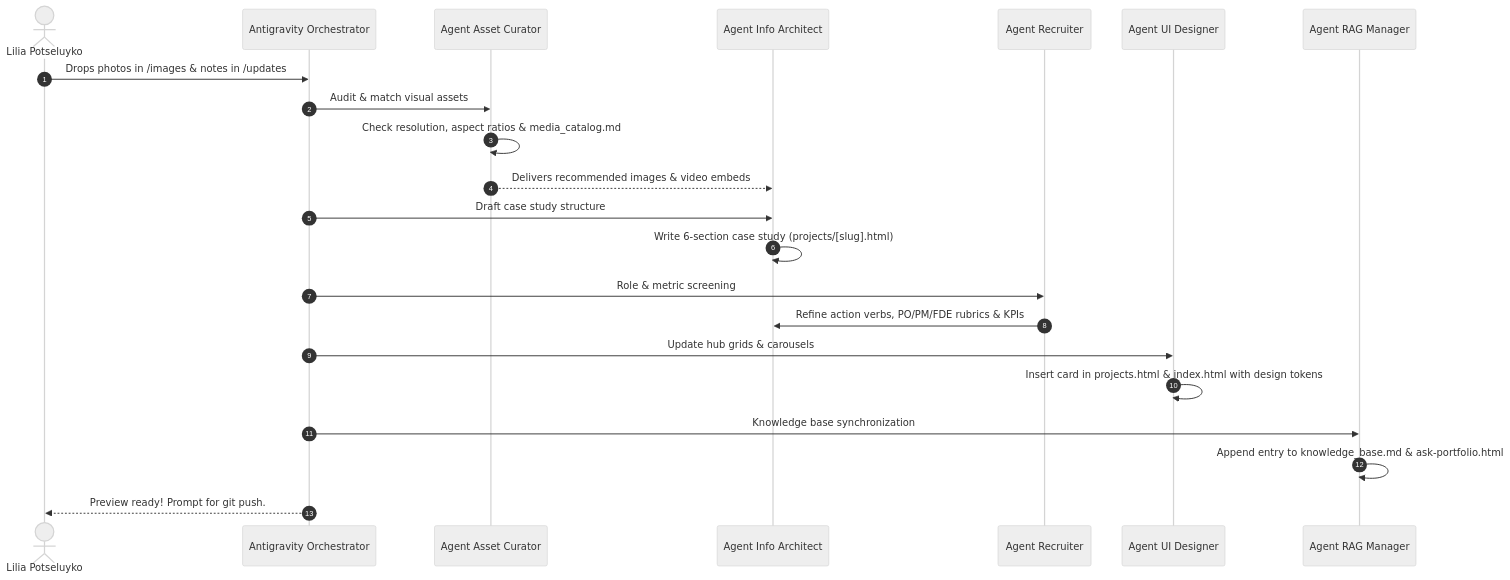
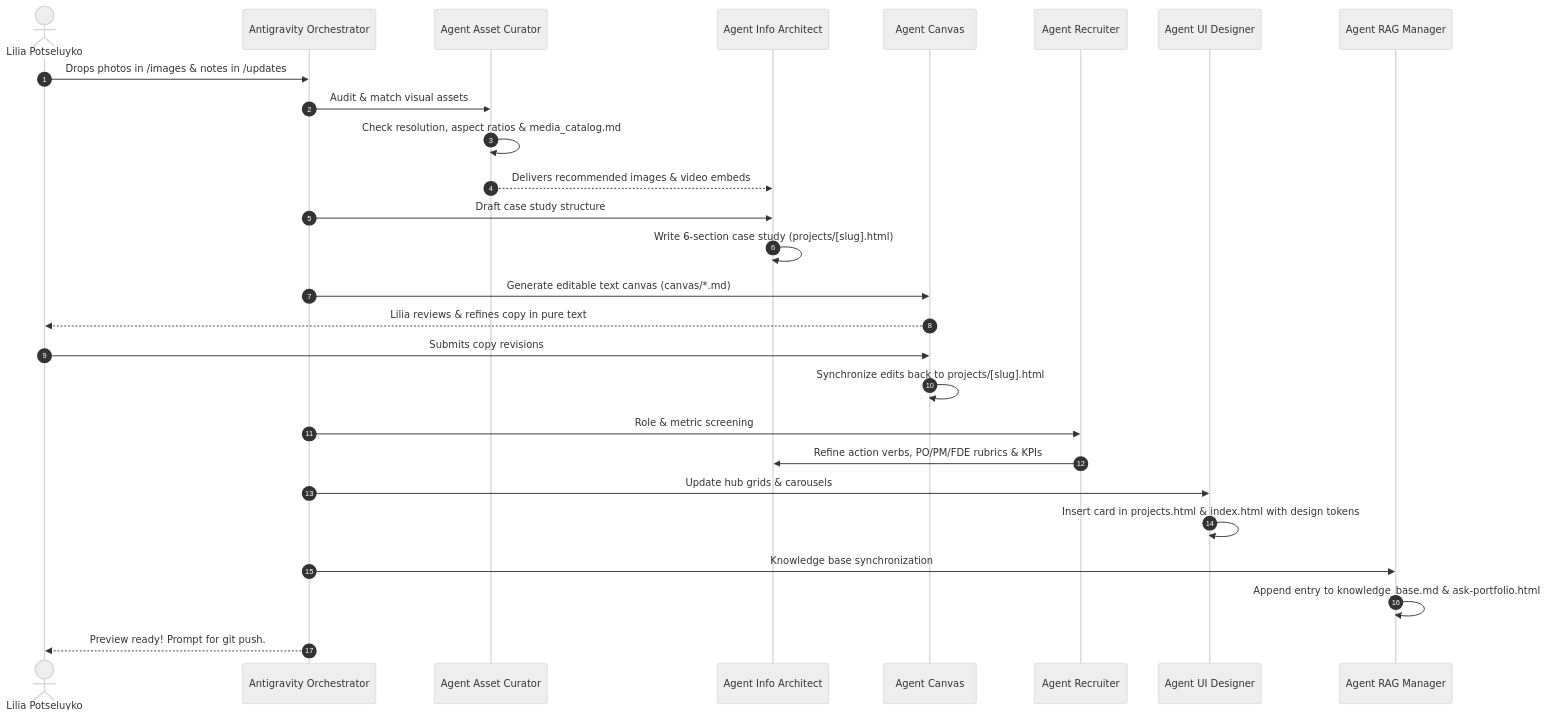
Before and after one commit to LiliaPotseluyko/liliapotseluyko.github.io: the diagram in agents/ORCHESTRATOR.md, drawn with Mermaid (neutral theme). The commit also changed other lines of this file and 4 other files, not shown here.

````diff
--- a/agents/ORCHESTRATOR.md
+++ b/agents/ORCHESTRATOR.md
@@ -9,30 +9,36 @@
 ```mermaid
 sequenceDiagram
     autonumber
     actor Lilia as Lilia Potseluyko
     participant Orchestrator as Antigravity Orchestrator
     participant Curator as Agent Asset Curator
     participant IA as Agent Info Architect
+    participant Canvas as Agent Canvas
     participant Recruiter as Agent Recruiter
     participant UI as Agent UI Designer
     participant RAG as Agent RAG Manager
 
     Lilia->>Orchestrator: Drops photos in /images & notes in /updates
     Orchestrator->>Curator: Audit & match visual assets
     Curator->>Curator: Check resolution, aspect ratios & media_catalog.md
     Curator-->>IA: Delivers recommended images & video embeds
     
     Orchestrator->>IA: Draft case study structure
     IA->>IA: Write 6-section case study (projects/[slug].html)
     
+    Orchestrator->>Canvas: Generate editable text canvas (canvas/*.md)
+    Canvas-->>Lilia: Lilia reviews & refines copy in pure text
+    Lilia->>Canvas: Submits copy revisions
+    Canvas->>Canvas: Synchronize edits back to projects/[slug].html
+    
     Orchestrator->>Recruiter: Role & metric screening
     Recruiter->>IA: Refine action verbs, PO/PM/FDE rubrics & KPIs
     
     Orchestrator->>UI: Update hub grids & carousels
     UI->>UI: Insert card in projects.html & index.html with design tokens
     
     Orchestrator->>RAG: Knowledge base synchronization
     RAG->>RAG: Append entry to knowledge_base.md & ask-portfolio.html
     
     Orchestrator-->>Lilia: Preview ready! Prompt for git push.
 ```
````
